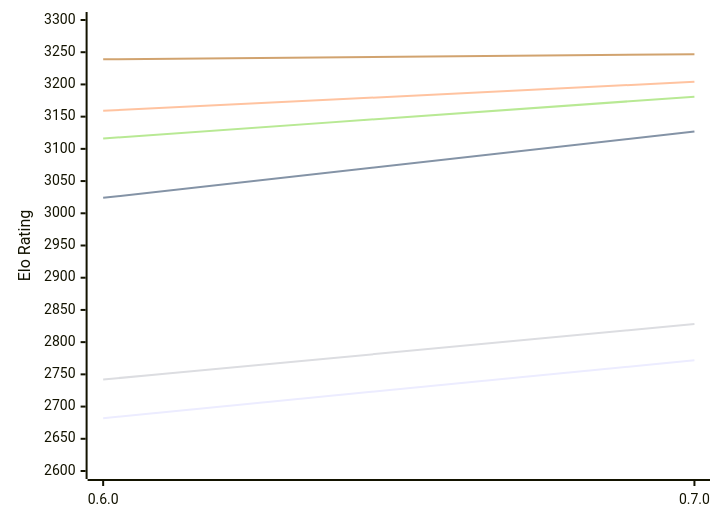
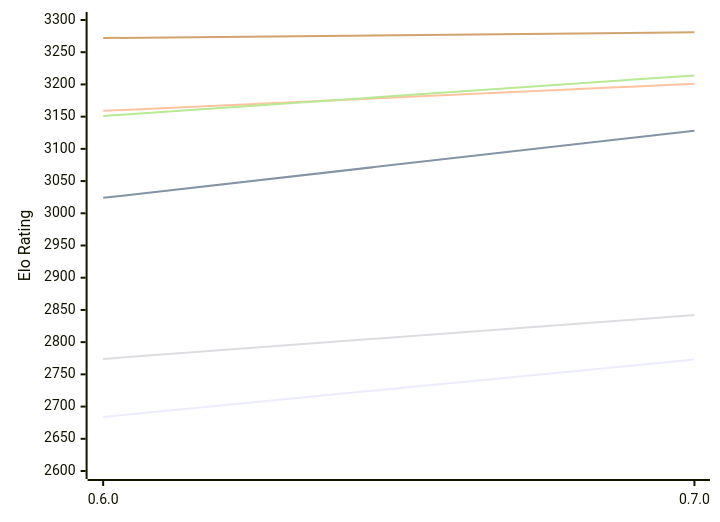
The first of 2 diagrams in engines/AteNika.md (computer-chess-index/cci), drawn with Mermaid before and after one commit. The commit also changed other lines of this file, not shown here.

Commit message:
Update CCI Ratings (ELO VLTC) - 2026-11-05

````diff
--- a/engines/AteNika.md
+++ b/engines/AteNika.md
@@ -52,12 +52,12 @@
 ```mermaid
 %%{init: {"theme":"base","themeVariables":{"seriesColors:['#a3a3a3','#222221','#faa371']}}}%%
 xychart-beta
   x-axis ["0.6.0", "0.7.0"]
   y-axis "Elo Rating" 2600 --> 3300
-  line "E1: STC (8.0+0.08s)" [2682, 2772]
-  line "E1: LTC (60.0+0.60s)" [3024, 3127]
-  line "E1: VLTC (2m24s+1.12s)" [3159, 3204]
-  line "P1: STC (8.0+0.08s)" [2742, 2828]
-  line "P1: LTC (60.0+0.60s)" [3116, 3181]
-  line "P1: VLTC (2m24s+1.12s)" [3239, 3247]
+  line "E1: STC (8.0+0.08s)" [2684, 2773]
+  line "E1: LTC (60.0+0.60s)" [3024, 3128]
+  line "E1: VLTC (2m24s+1.12s)" [3159, 3201]
+  line "P1: STC (8.0+0.08s)" [2774, 2842]
+  line "P1: LTC (60.0+0.60s)" [3151, 3214]
+  line "P1: VLTC (2m24s+1.12s)" [3272, 3281]
 ```
````
